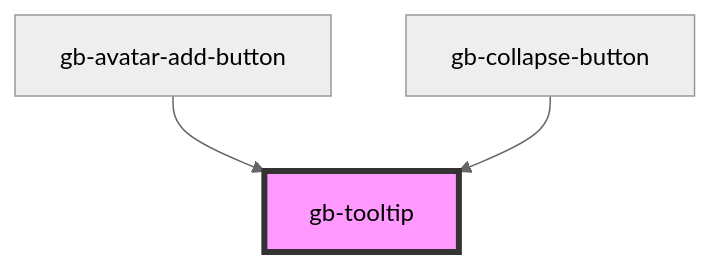
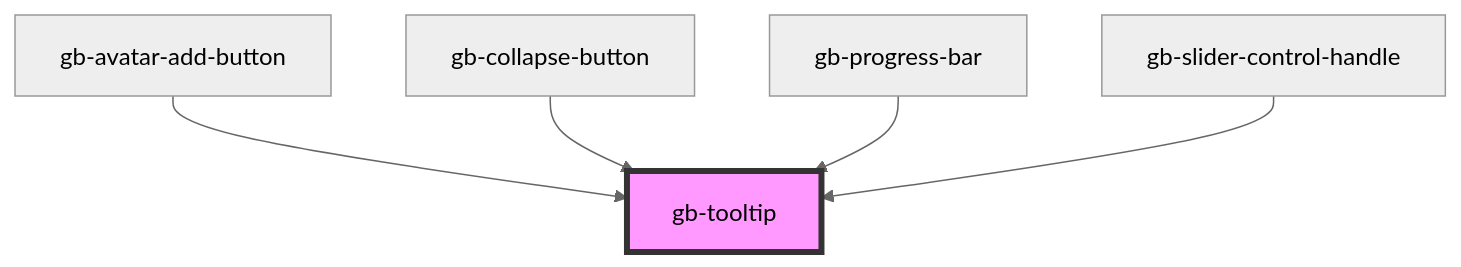
Before and after one commit to Emmanuel1858/globusComponent: the diagram in src/components/gb-tooltip/readme.md, drawn with Mermaid (neutral theme). The commit also changed other lines of this file and 33 other files, not shown here.

````diff
--- a/src/components/gb-tooltip/readme.md
+++ b/src/components/gb-tooltip/readme.md
@@ -24,6 +26,8 @@
 ```mermaid
 graph TD;
   gb-avatar-add-button --> gb-tooltip
   gb-collapse-button --> gb-tooltip
+  gb-progress-bar --> gb-tooltip
+  gb-slider-control-handle --> gb-tooltip
   style gb-tooltip fill:#f9f,stroke:#333,stroke-width:4px
 ```
````
